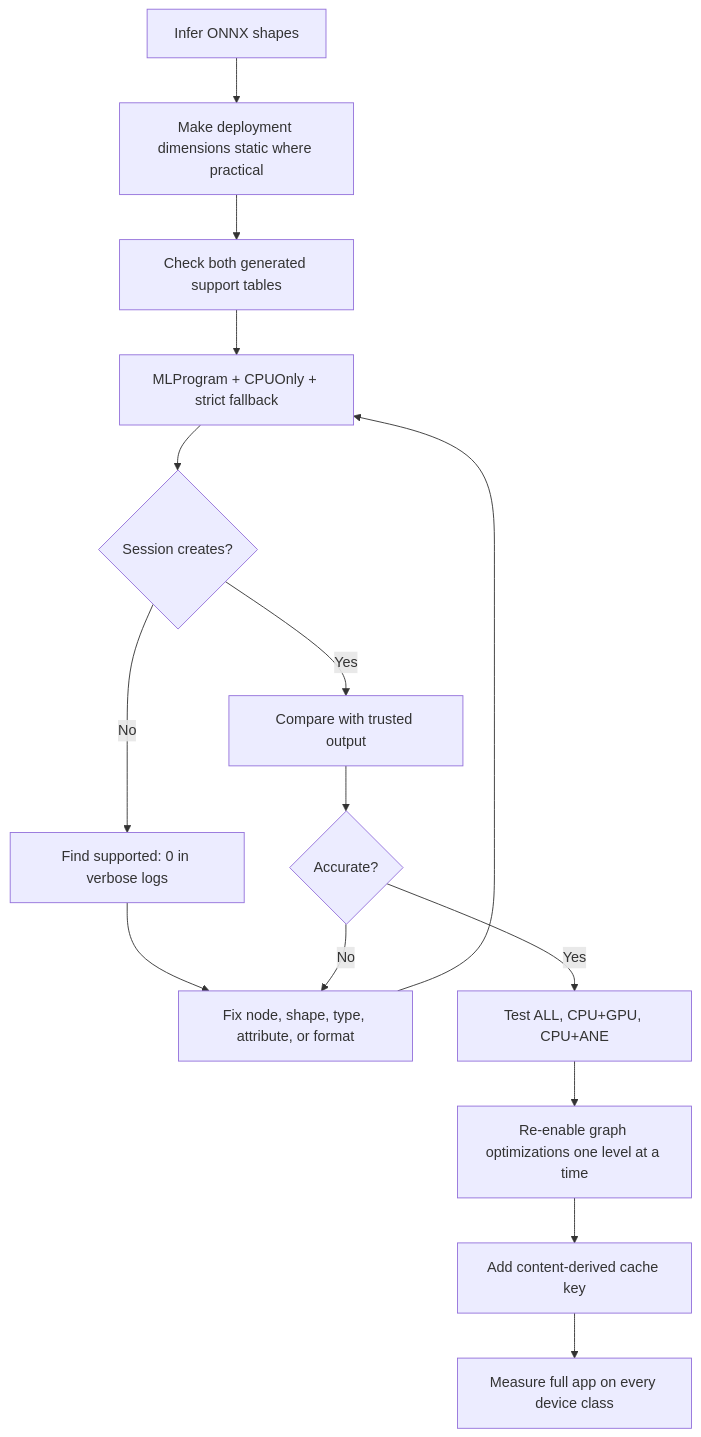
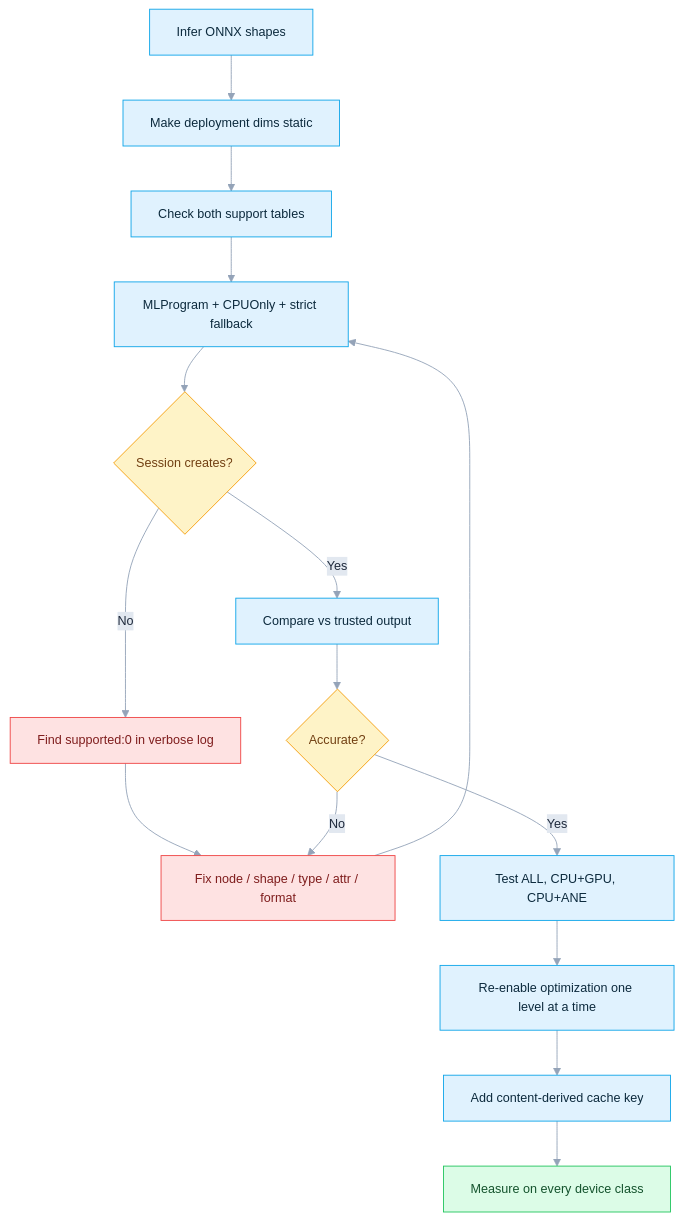
Before and after one commit to DakeQQ/Tutorial-ONNX-Runtime-Execution-Providers: the ninth of 12 diagrams in Apple/README.md, drawn with Mermaid. The commit also changed other lines of this file and 15 other files, not shown here.

````diff
--- a/Apple/README.md
+++ b/Apple/README.md
@@ -372,17 +507,26 @@
 ```mermaid
+%%{init: {"theme":"base","themeVariables":{"fontSize":"14px","lineColor":"#94a3b8","edgeLabelBackground":"#e2e8f0","primaryTextColor":"#1e293b"}}}%%
 flowchart TD
-  A[Infer ONNX shapes] --> B[Make deployment dimensions static where practical]
-  B --> C[Check both generated support tables]
-  C --> D[MLProgram + CPUOnly + strict fallback]
-  D --> E{Session creates?}
-  E -->|No| F[Find supported: 0 in verbose logs]
-  F --> G[Fix node, shape, type, attribute, or format]
+  A["Infer ONNX shapes"] --> B["Make deployment dims static"]
+  B --> C["Check both support tables"]
+  C --> D["MLProgram + CPUOnly + strict fallback"]
+  D --> E{"Session creates?"}
+  E -->|No| F["Find supported:0 in verbose log"]
+  F --> G["Fix node / shape / type / attr / format"]
   G --> D
-  E -->|Yes| H[Compare with trusted output]
-  H --> I{Accurate?}
+  E -->|Yes| H["Compare vs trusted output"]
+  H --> I{"Accurate?"}
   I -->|No| G
-  I -->|Yes| J[Test ALL, CPU+GPU, CPU+ANE]
-  J --> K[Re-enable graph optimizations one level at a time]
-  K --> L[Add content-derived cache key]
-  L --> M[Measure full app on every device class]
+  I -->|Yes| J["Test ALL, CPU+GPU, CPU+ANE"]
+  J --> K["Re-enable optimization one level at a time"]
+  K --> L["Add content-derived cache key"]
+  L --> M["Measure on every device class"]
+  classDef step fill:#e0f2fe,stroke:#0ea5e9,color:#0c2a3d;
+  classDef dec fill:#fef3c7,stroke:#f59e0b,color:#713f12;
+  classDef good fill:#dcfce7,stroke:#22c55e,color:#14532d;
+  classDef bad fill:#fee2e2,stroke:#ef4444,color:#7f1d1d;
+  class A,B,C,D,H,J,K,L step;
+  class E,I dec;
+  class M good;
+  class F,G bad;
 ```
````
